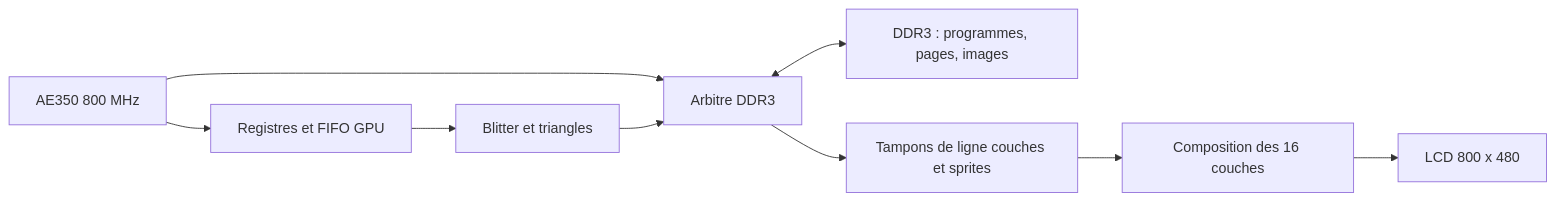
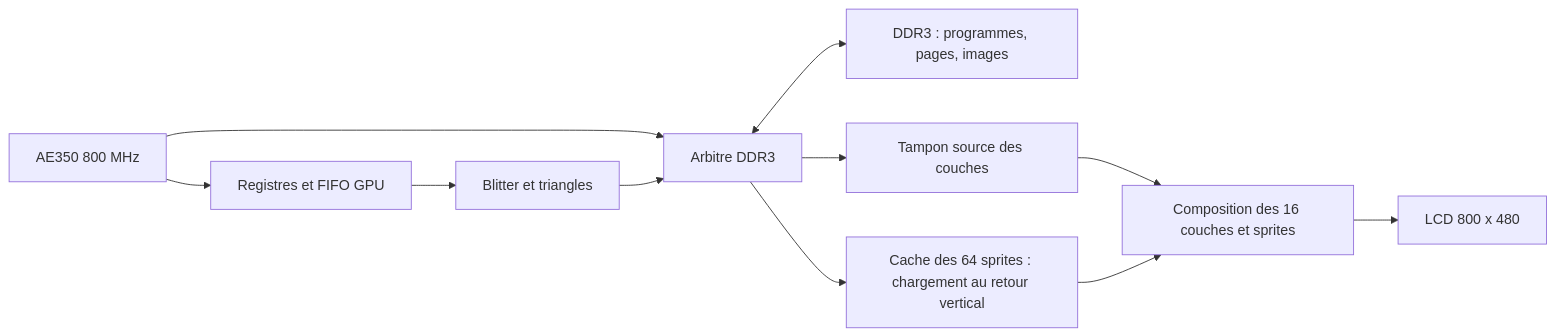
Before and after one commit to Mjxkill/console-prodock: the diagram in ARCHI/ARCHI_V2_CONSOLE_JEUX.md, drawn with Mermaid. The commit also changed other lines of this file and 33 other files, not shown here.

````diff
--- a/ARCHI/ARCHI_V2_CONSOLE_JEUX.md
+++ b/ARCHI/ARCHI_V2_CONSOLE_JEUX.md
@@ -157,11 +168,13 @@
 ```mermaid
 flowchart LR
     CPU[AE350 800 MHz] --> CMD[Registres et FIFO GPU]
     CMD --> DRAW[Blitter et triangles]
     CPU --> ARB[Arbitre DDR3]
     DRAW --> ARB
     ARB <--> DDR[DDR3 : programmes, pages, images]
-    ARB --> LINES[Tampons de ligne couches et sprites]
-    LINES --> COMP[Composition des 16 couches]
+    ARB --> LINES[Tampon source des couches]
+    ARB --> SPR[Cache des 64 sprites : chargement au retour vertical]
+    LINES --> COMP[Composition des 16 couches et sprites]
+    SPR --> COMP
     COMP --> LCD[LCD 800 x 480]
 ```
````
